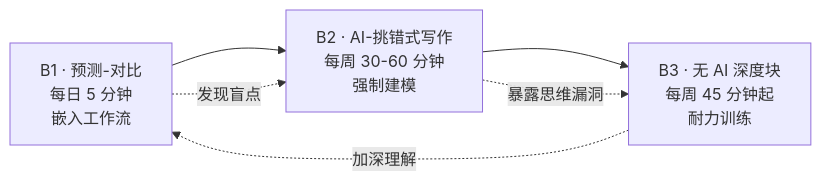
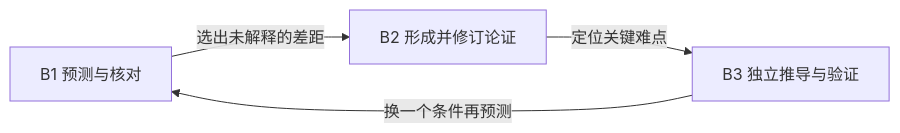
The diagram in 练习/10-三个核心训练动作.md (oh-my-vibe-coding/ai-reliability-architecture), drawn with Mermaid before and after one commit. The commit also changed other lines of this file and 67 other files, not shown here.

````diff
--- a/练习/10-三个核心训练动作.md
+++ b/练习/10-三个核心训练动作.md
@@ -21,9 +21,6 @@
 ```mermaid
 flowchart LR
-    B1[B1 · 预测-对比<br/>每日 5 分钟<br/>嵌入工作流] --> B2[B2 · AI-挑错式写作<br/>每周 30-60 分钟<br/>强制建模]
-    B2 --> B3[B3 · 无 AI 深度块<br/>每周 45 分钟起<br/>耐力训练]
-    
-    B1 -.发现盲点.-> B2
-    B2 -.暴露思维漏洞.-> B3
-    B3 -.加深理解.-> B1
+    B1[B1 预测与核对] -->|选出未解释的差距| B2[B2 形成并修订论证]
+    B2 -->|定位关键难点| B3[B3 独立推导与验证]
+    B3 -->|换一个条件再预测| B1
 ```
````
